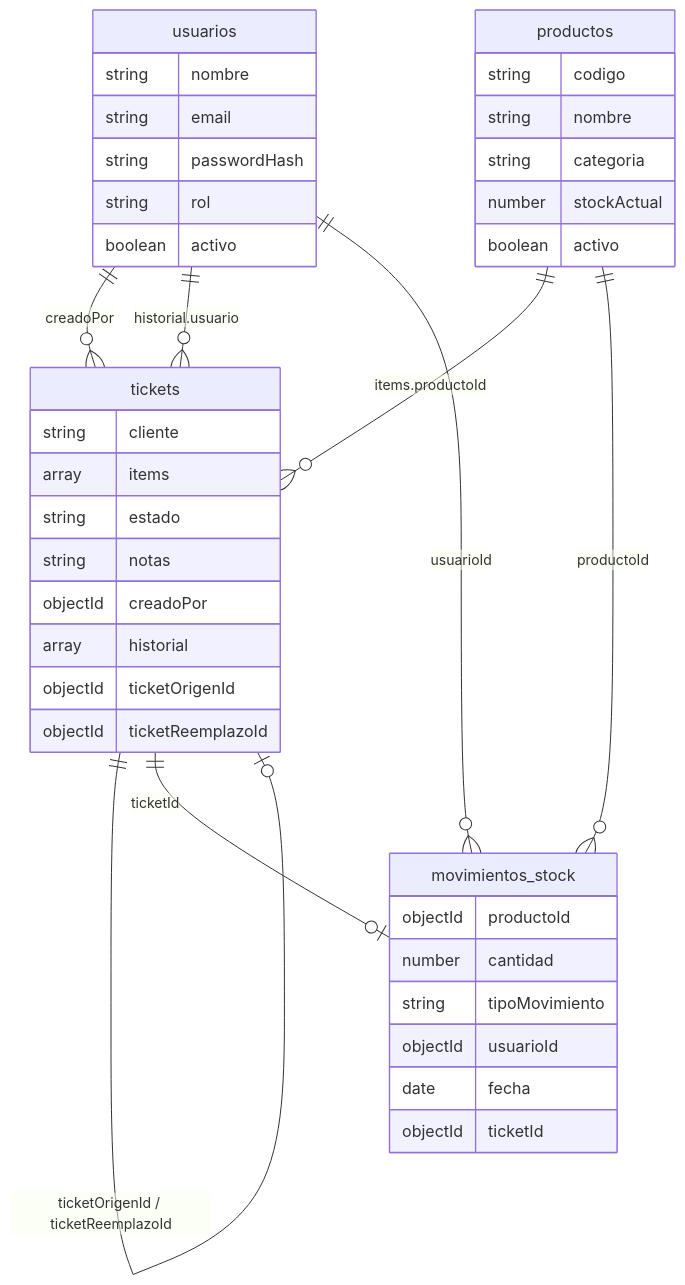
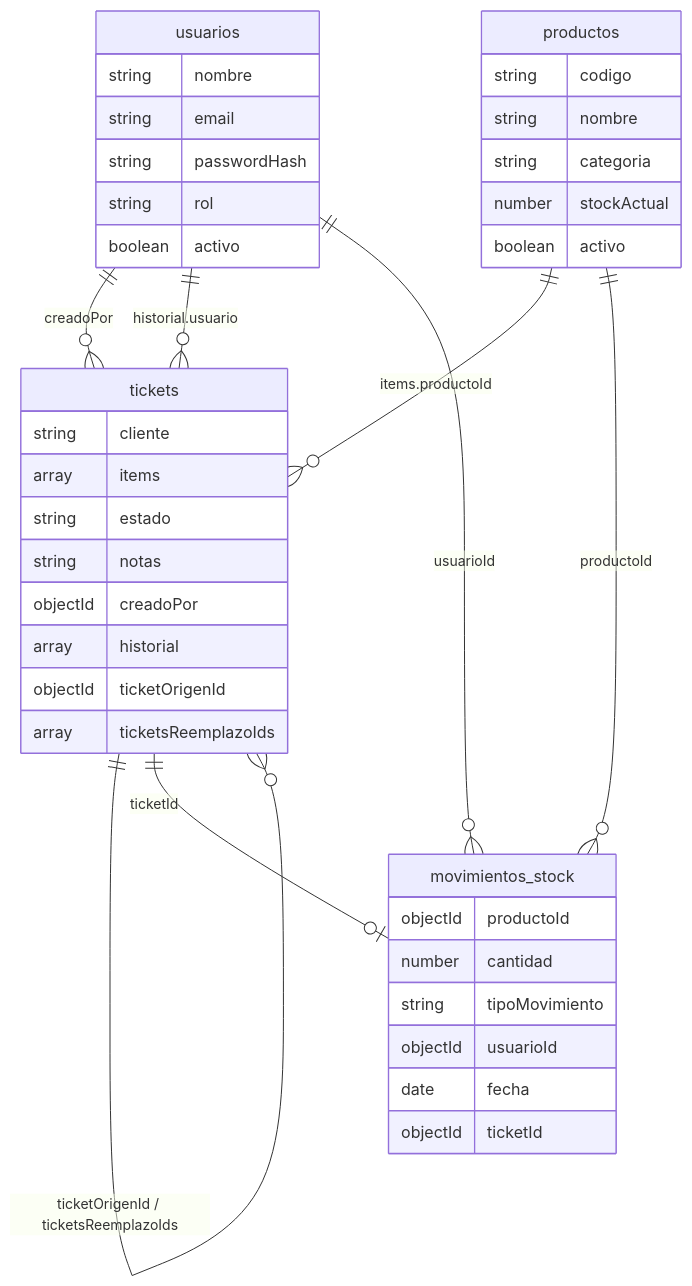
Before and after one commit to Santir9515/majito: the second of 2 diagrams in docs/Majito_Esquema_Base_de_Datos_V2.md, drawn with Mermaid. The commit also changed other lines of this file, not shown here.

Commit message:
docs: pasar ticketReemplazoId a lista ticketsReemplazoIds en el esquema

````diff
--- a/docs/Majito_Esquema_Base_de_Datos_V2.md
+++ b/docs/Majito_Esquema_Base_de_Datos_V2.md
@@ -116,43 +118,43 @@
 ```mermaid
 erDiagram
     usuarios ||--o{ tickets : "creadoPor"
     usuarios ||--o{ tickets : "historial.usuario"
     productos ||--o{ tickets : "items.productoId"
-    tickets ||--o| tickets : "ticketOrigenId / ticketReemplazoId"
+    tickets ||--o{ tickets : "ticketOrigenId / ticketsReemplazoIds"
     productos ||--o{ movimientos_stock : "productoId"
     usuarios ||--o{ movimientos_stock : "usuarioId"
     tickets ||--o| movimientos_stock : "ticketId"
 
     usuarios {
         string nombre
         string email
         string passwordHash
         string rol
         boolean activo
     }
     productos {
         string codigo
         string nombre
         string categoria
         number stockActual
         boolean activo
     }
     tickets {
         string cliente
         array items
         string estado
         string notas
         objectId creadoPor
         array historial
         objectId ticketOrigenId
-        objectId ticketReemplazoId
+        array ticketsReemplazoIds
     }
     movimientos_stock {
         objectId productoId
         number cantidad
         string tipoMovimiento
         objectId usuarioId
         date fecha
         objectId ticketId
     }
 ```
````
